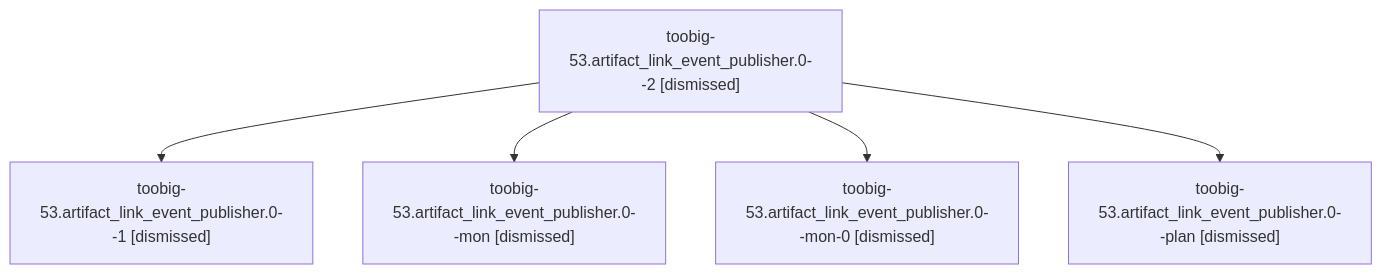
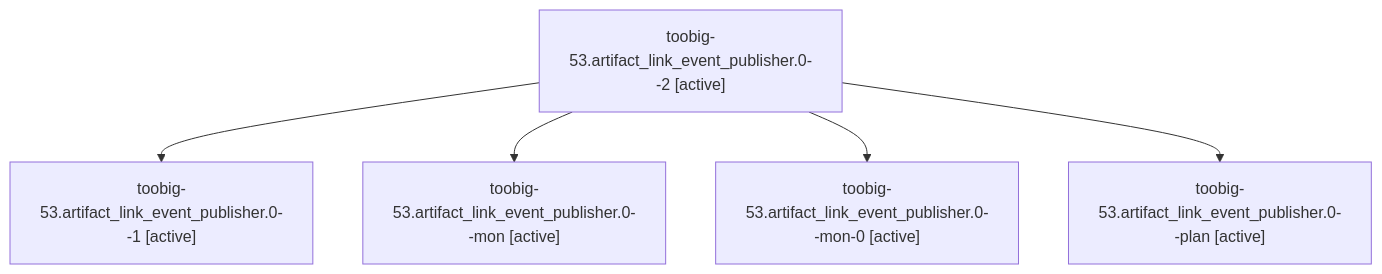
The diagram in families/bbugyi200.athena.toobig-53.artifact_link_event_publisher.0.md (sase-org/sase--agents), drawn with Mermaid before and after one commit. The commit also changed other lines of this file and 35830 other files, not shown here.

````diff
--- a/families/bbugyi200.athena.toobig-53.artifact_link_event_publisher.0.md
+++ b/families/bbugyi200.athena.toobig-53.artifact_link_event_publisher.0.md
@@ -9,12 +9,12 @@
 ```mermaid
 flowchart TD
-  n0["toobig-53.artifact_link_event_publisher.0--2 [dismissed]"]
-  n1["toobig-53.artifact_link_event_publisher.0--1 [dismissed]"]
+  n0["toobig-53.artifact_link_event_publisher.0--2 [active]"]
+  n1["toobig-53.artifact_link_event_publisher.0--1 [active]"]
   n0 --> n1
-  n2["toobig-53.artifact_link_event_publisher.0--mon [dismissed]"]
+  n2["toobig-53.artifact_link_event_publisher.0--mon [active]"]
   n0 --> n2
-  n3["toobig-53.artifact_link_event_publisher.0--mon-0 [dismissed]"]
+  n3["toobig-53.artifact_link_event_publisher.0--mon-0 [active]"]
   n0 --> n3
-  n4["toobig-53.artifact_link_event_publisher.0--plan [dismissed]"]
+  n4["toobig-53.artifact_link_event_publisher.0--plan [active]"]
   n0 --> n4
 ```
````
